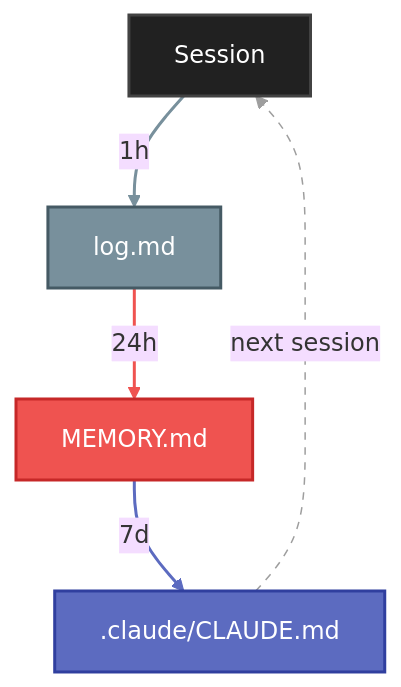
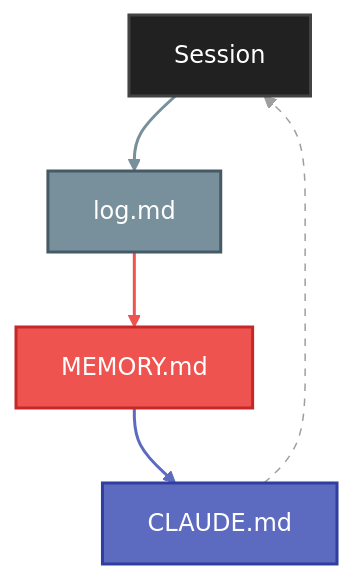
One commit to jameswniu/claude-os changed the second of 3 diagrams in README.md. Above: the diagram before and after it, drawn with Mermaid (base theme). The commit also changed other lines of this file, not shown here.

Commit message:
Shrink Phase 2/3 and Automation diagrams: drop edge labels, shorter node names

````diff
--- a/README.md
+++ b/README.md
@@ -35,17 +35,17 @@
 ```mermaid
 flowchart TD
-    S["Session"] -- "1h" --> L["log.md"]
-    L -- "24h" --> D["MEMORY.md"]
-    D -- "7d" --> R[".claude/CLAUDE.md"]
-    R -. "next session" .-> S
+    S["Session"] --> L["log.md"]
+    L --> D["MEMORY.md"]
+    D --> R["CLAUDE.md"]
+    R -.-> S
 
     style S fill:#212121,color:#fff,stroke:#424242,stroke-width:2px
     style L fill:#78909C,color:#fff,stroke:#455A64,stroke-width:2px
     style D fill:#EF5350,color:#fff,stroke:#C62828,stroke-width:2px
     style R fill:#5C6BC0,color:#fff,stroke:#303F9F,stroke-width:2px
 
     linkStyle 0 stroke:#78909C,stroke-width:2px
     linkStyle 1 stroke:#EF5350,stroke-width:2px
     linkStyle 2 stroke:#5C6BC0,stroke-width:2px
     linkStyle 3 stroke:#9E9E9E,stroke-width:1px,stroke-dasharray:5
 ```
````
